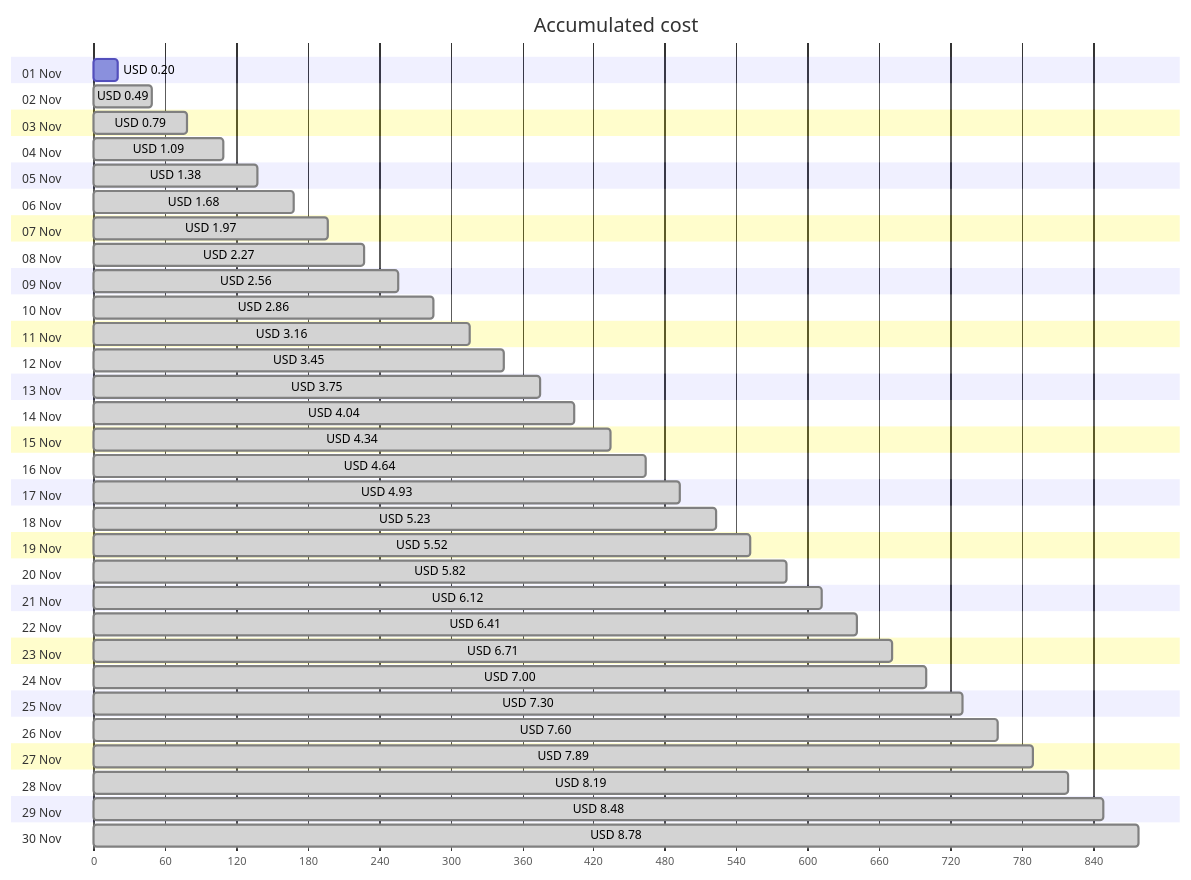
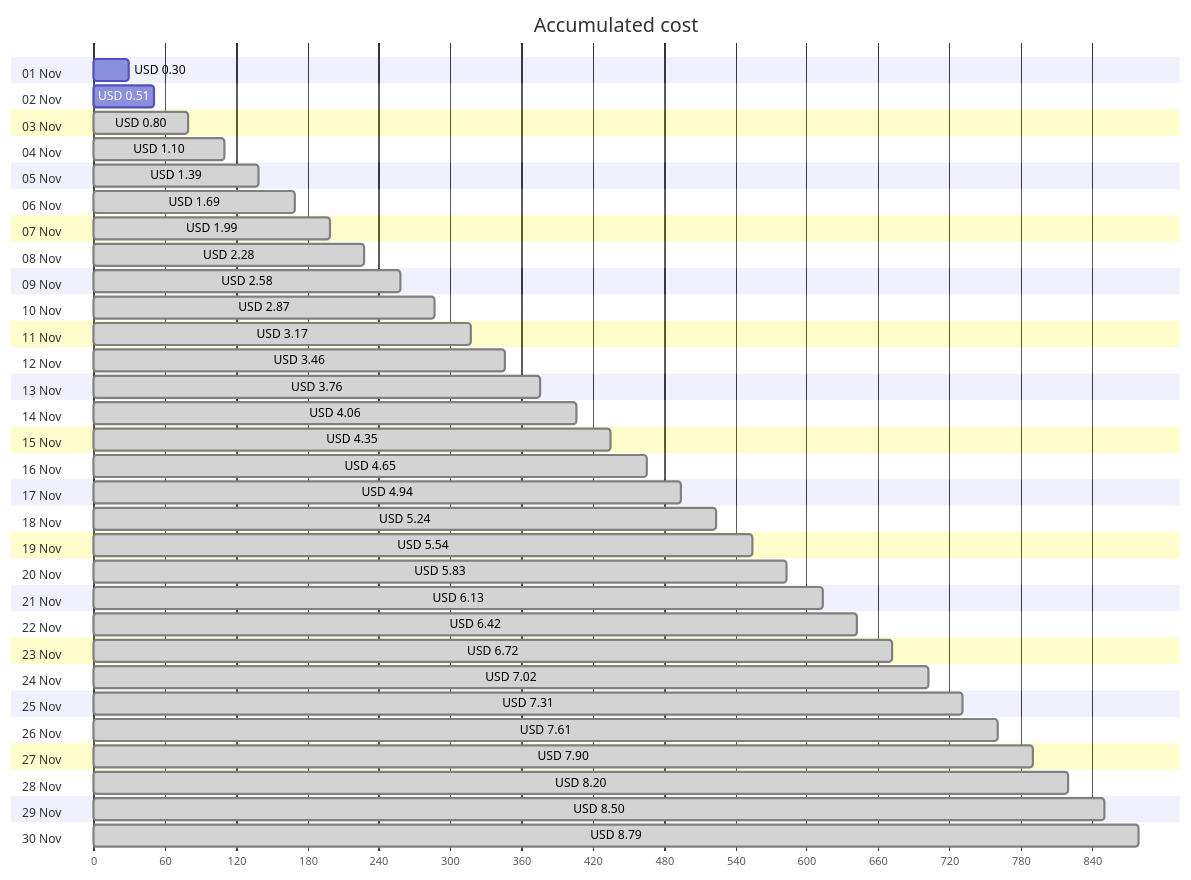
One commit to jpfulton/azure-personal-reports changed the first of 4 diagrams in cost-reports/personal-site/personal-site.md. Above: the diagram before and after it, drawn with Mermaid. The commit also changed other lines of this file and 6 other files, not shown here.

````diff
--- a/cost-reports/personal-site/personal-site.md
+++ b/cost-reports/personal-site/personal-site.md
@@ -20,66 +20,66 @@
 ```mermaid
 gantt
    title Accumulated cost
    dateFormat  X
    axisFormat %s
    section 01 Nov
-   USD 0.20 :0, 20
+   USD 0.30 :0, 30
    section 02 Nov
-   USD 0.49 : done, 0, 49
+   USD 0.51 :0, 51
    section 03 Nov
-   USD 0.79 : done, 0, 79
+   USD 0.80 : done, 0, 80
    section 04 Nov
-   USD 1.09 : done, 0, 109
+   USD 1.10 : done, 0, 110
    section 05 Nov
-   USD 1.38 : done, 0, 138
+   USD 1.39 : done, 0, 139
    section 06 Nov
-   USD 1.68 : done, 0, 168
+   USD 1.69 : done, 0, 169
    section 07 Nov
-   USD 1.97 : done, 0, 197
+   USD 1.99 : done, 0, 199
    section 08 Nov
-   USD 2.27 : done, 0, 227
+   USD 2.28 : done, 0, 228
    section 09 Nov
-   USD 2.56 : done, 0, 256
+   USD 2.58 : done, 0, 258
    section 10 Nov
-   USD 2.86 : done, 0, 286
+   USD 2.87 : done, 0, 287
    section 11 Nov
-   USD 3.16 : done, 0, 316
+   USD 3.17 : done, 0, 317
    section 12 Nov
-   USD 3.45 : done, 0, 345
+   USD 3.46 : done, 0, 346
    section 13 Nov
-   USD 3.75 : done, 0, 375
+   USD 3.76 : done, 0, 376
    section 14 Nov
-   USD 4.04 : done, 0, 404
+   USD 4.06 : done, 0, 406
    section 15 Nov
-   USD 4.34 : done, 0, 434
+   USD 4.35 : done, 0, 435
    section 16 Nov
-   USD 4.64 : done, 0, 464
+   USD 4.65 : done, 0, 465
    section 17 Nov
-   USD 4.93 : done, 0, 493
+   USD 4.94 : done, 0, 494
    section 18 Nov
-   USD 5.23 : done, 0, 523
+   USD 5.24 : done, 0, 524
    section 19 Nov
-   USD 5.52 : done, 0, 552
+   USD 5.54 : done, 0, 554
    section 20 Nov
-   USD 5.82 : done, 0, 582
+   USD 5.83 : done, 0, 583
    section 21 Nov
-   USD 6.12 : done, 0, 612
+   USD 6.13 : done, 0, 613
    section 22 Nov
-   USD 6.41 : done, 0, 641
+   USD 6.42 : done, 0, 642
    section 23 Nov
-   USD 6.71 : done, 0, 671
+   USD 6.72 : done, 0, 672
    section 24 Nov
-   USD 7.00 : done, 0, 700
+   USD 7.02 : done, 0, 702
    section 25 Nov
-   USD 7.30 : done, 0, 730
+   USD 7.31 : done, 0, 731
    section 26 Nov
-   USD 7.60 : done, 0, 760
+   USD 7.61 : done, 0, 761
    section 27 Nov
-   USD 7.89 : done, 0, 789
+   USD 7.90 : done, 0, 790
    section 28 Nov
-   USD 8.19 : done, 0, 819
+   USD 8.20 : done, 0, 820
    section 29 Nov
-   USD 8.48 : done, 0, 848
+   USD 8.50 : done, 0, 850
    section 30 Nov
-   USD 8.78 : done, 0, 878
+   USD 8.79 : done, 0, 879
 ```
````
